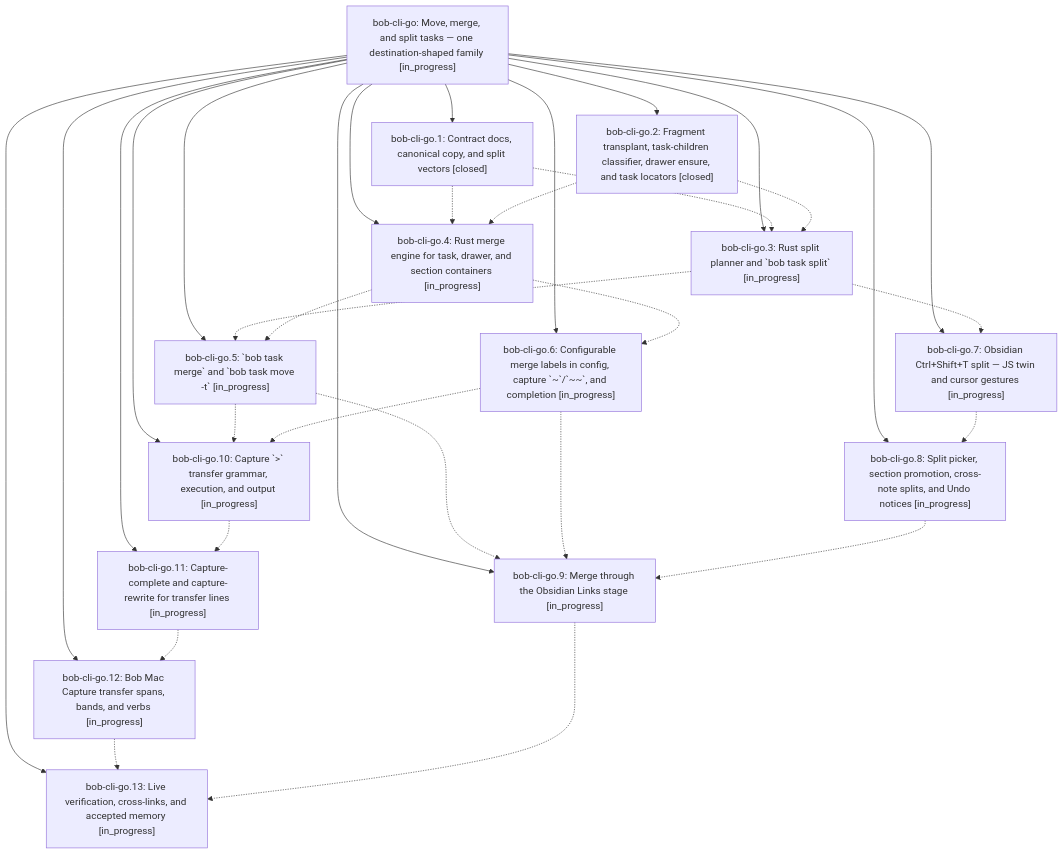
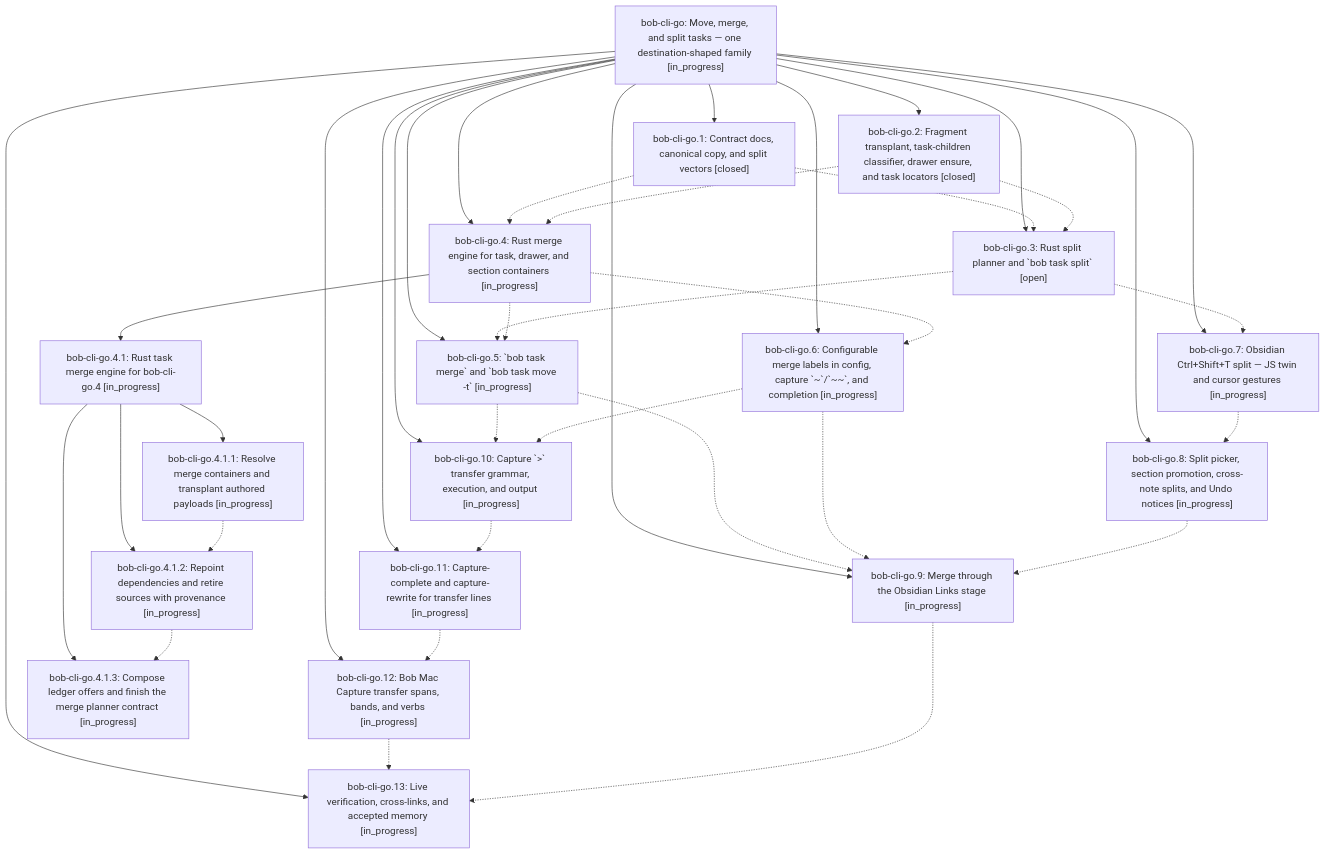
Before and after one commit to bobs-org/bob-cli--beads: the diagram in pages/bob-cli-go/README.md, drawn with Mermaid. The commit also changed other lines of this file and 10 other files, not shown here.

First line of the commit message:
chore(beads): sync bead state and pages for bob-cli-go

````diff
--- a/pages/bob-cli-go/README.md
+++ b/pages/bob-cli-go/README.md
@@ -48,48 +52,58 @@
 ```mermaid
 flowchart TD
     n0["bob-cli-go: Move, merge, and split tasks — one destination-shaped family [in_progress]"]
     n1["bob-cli-go.1: Contract docs, canonical copy, and split vectors [closed]"]
     n2["bob-cli-go.10: Capture `&gt;` transfer grammar, execution, and output [in_progress]"]
     n3["bob-cli-go.11: Capture-complete and capture-rewrite for transfer lines [in_progress]"]
     n4["bob-cli-go.12: Bob Mac Capture transfer spans, bands, and verbs [in_progress]"]
     n5["bob-cli-go.13: Live verification, cross-links, and accepted memory [in_progress]"]
     n6["bob-cli-go.2: Fragment transplant, task-children classifier, drawer ensure, and task locators [closed]"]
-    n7["bob-cli-go.3: Rust split planner and `bob task split` [in_progress]"]
+    n7["bob-cli-go.3: Rust split planner and `bob task split` [open]"]
     n8["bob-cli-go.4: Rust merge engine for task, drawer, and section containers [in_progress]"]
-    n9["bob-cli-go.5: `bob task merge` and `bob task move -t` [in_progress]"]
-    n10["bob-cli-go.6: Configurable merge labels in config, capture `~`/`~~`, and completion [in_progress]"]
-    n11["bob-cli-go.7: Obsidian Ctrl+Shift+T split — JS twin and cursor gestures [in_progress]"]
-    n12["bob-cli-go.8: Split picker, section promotion, cross-note splits, and Undo notices [in_progress]"]
-    n13["bob-cli-go.9: Merge through the Obsidian Links stage [in_progress]"]
+    n9["bob-cli-go.4.1: Rust task merge engine for bob-cli-go.4 [in_progress]"]
+    n10["bob-cli-go.4.1.1: Resolve merge containers and transplant authored payloads [in_progress]"]
+    n11["bob-cli-go.4.1.2: Repoint dependencies and retire sources with provenance [in_progress]"]
+    n12["bob-cli-go.4.1.3: Compose ledger offers and finish the merge planner contract [in_progress]"]
+    n13["bob-cli-go.5: `bob task merge` and `bob task move -t` [in_progress]"]
+    n14["bob-cli-go.6: Configurable merge labels in config, capture `~`/`~~`, and completion [in_progress]"]
+    n15["bob-cli-go.7: Obsidian Ctrl+Shift+T split — JS twin and cursor gestures [in_progress]"]
+    n16["bob-cli-go.8: Split picker, section promotion, cross-note splits, and Undo notices [in_progress]"]
+    n17["bob-cli-go.9: Merge through the Obsidian Links stage [in_progress]"]
     n0 --> n1
     n0 --> n2
     n0 --> n3
     n0 --> n4
     n0 --> n5
     n0 --> n6
     n0 --> n7
     n0 --> n8
-    n0 --> n9
-    n0 --> n10
-    n0 --> n11
-    n0 --> n12
+    n8 --> n9
+    n9 --> n10
+    n9 --> n11
+    n9 --> n12
     n0 --> n13
+    n0 --> n14
+    n0 --> n15
+    n0 --> n16
+    n0 --> n17
     n1 -.-> n7
     n1 -.-> n8
     n2 -.-> n3
     n3 -.-> n4
     n4 -.-> n5
     n6 -.-> n7
     n6 -.-> n8
-    n7 -.-> n9
-    n7 -.-> n11
-    n8 -.-> n9
-    n8 -.-> n10
-    n9 -.-> n2
-    n9 -.-> n13
-    n10 -.-> n2
-    n10 -.-> n13
+    n7 -.-> n13
+    n7 -.-> n15
+    n8 -.-> n13
+    n8 -.-> n14
+    n10 -.-> n11
     n11 -.-> n12
-    n12 -.-> n13
-    n13 -.-> n5
+    n13 -.-> n2
+    n13 -.-> n17
+    n14 -.-> n2
+    n14 -.-> n17
+    n15 -.-> n16
+    n16 -.-> n17
+    n17 -.-> n5
 ```
````
